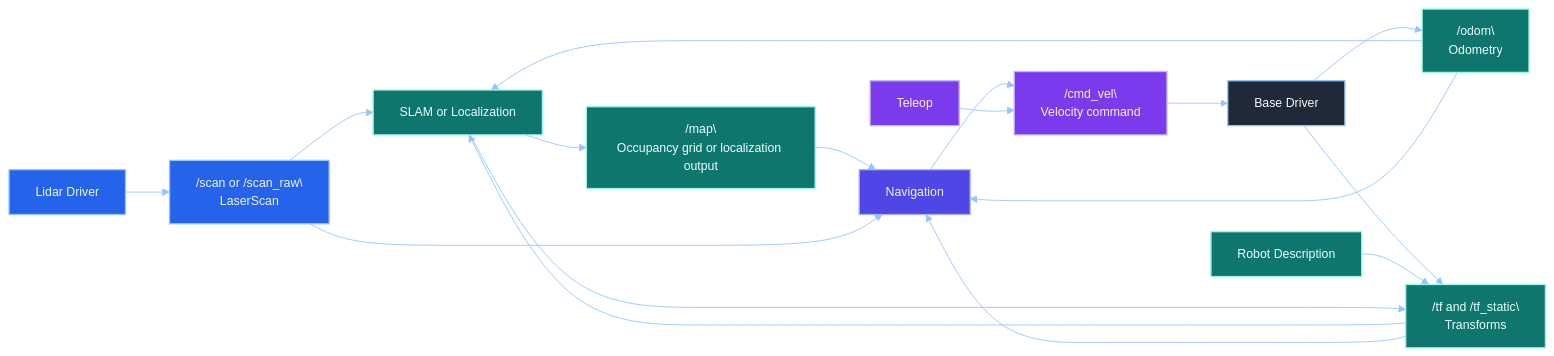
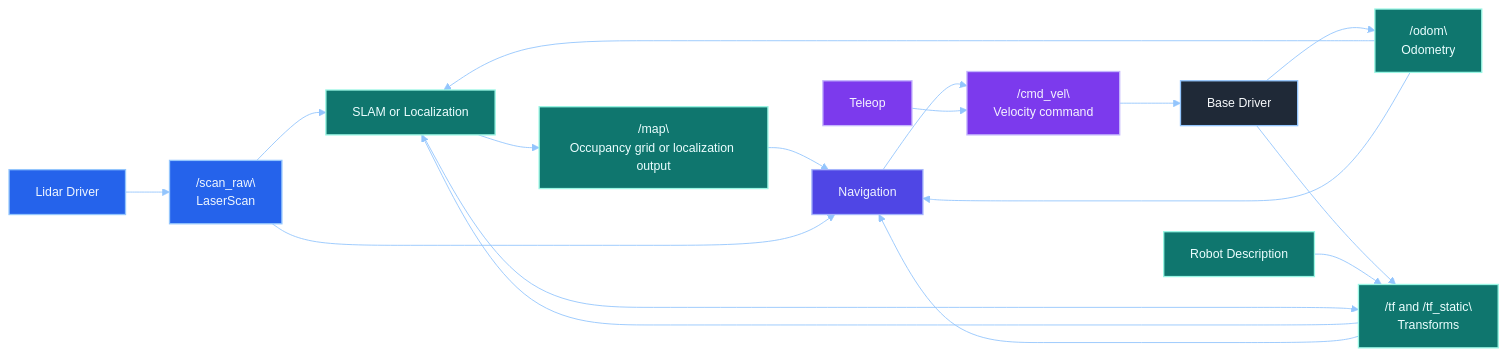
One commit to lexmaister/mentorpi_ws changed the third of 4 diagrams in docs/mentorpi-ros-architecture.md. Above: the diagram before and after it, drawn with Mermaid. The commit also changed other lines of this file and 1 other file, not shown here.

````diff
--- a/docs/mentorpi-ros-architecture.md
+++ b/docs/mentorpi-ros-architecture.md
@@ -417,52 +417,52 @@
 ```mermaid
 %%{init: {'theme': 'base', 'themeVariables': {
   'primaryColor': '#1e293b',
   'primaryTextColor': '#e2e8f0',
   'primaryBorderColor': '#7dd3fc',
   'lineColor': '#93c5fd',
   'secondaryColor': '#0f172a',
   'tertiaryColor': '#111827',
   'background': '#020817',
   'mainBkg': '#0f172a',
   'nodeBorder': '#7dd3fc',
   'clusterBkg': '#0f172a',
   'clusterBorder': '#93c5fd',
   'textColor': '#e2e8f0',
   'fontFamily': 'Arial',
   'fontSize': '14px'
 }}}%%
 flowchart LR
   classDef sensor fill:#2563eb,stroke:#93c5fd,color:#eff6ff,stroke-width:1.5px;
   classDef state fill:#0f766e,stroke:#99f6e4,color:#ecfeff,stroke-width:1.5px;
   classDef nav fill:#4f46e5,stroke:#a5b4fc,color:#eef2ff,stroke-width:1.5px;
   classDef cmd fill:#7c3aed,stroke:#c4b5fd,color:#f5f3ff,stroke-width:1.5px;
   classDef tool fill:#1f2937,stroke:#93c5fd,color:#f8fafc,stroke-width:1.5px;
-  SCAN["/scan or /scan_raw\\nLaserScan"]
+  SCAN["/scan_raw\\nLaserScan"]
   ODOM["/odom\\nOdometry"]
   TF["/tf and /tf_static\\nTransforms"]
   MAP["/map\\nOccupancy grid or localization output"]
   CMD["/cmd_vel\\nVelocity command"]
 
   LIDAR[Lidar Driver] --> SCAN
   BASEDRV[Base Driver] --> ODOM
   BASEDRV --> TF
   ROBOTDESC[Robot Description] --> TF
   SCAN --> SLAM2[SLAM or Localization]
   ODOM --> SLAM2
   TF --> SLAM2
   SLAM2 --> MAP
   SLAM2 --> TF
   MAP --> NAV2[Navigation]
   ODOM --> NAV2
   TF --> NAV2
   SCAN --> NAV2
   NAV2 --> CMD
   TELEOP[Teleop] --> CMD
   CMD --> BASEDRV
 
   class SCAN,LIDAR sensor;
   class ODOM,TF,MAP,ROBOTDESC,SLAM2 state;
   class NAV2 nav;
   class CMD,TELEOP cmd;
   class BASEDRV tool;
 ```
````
